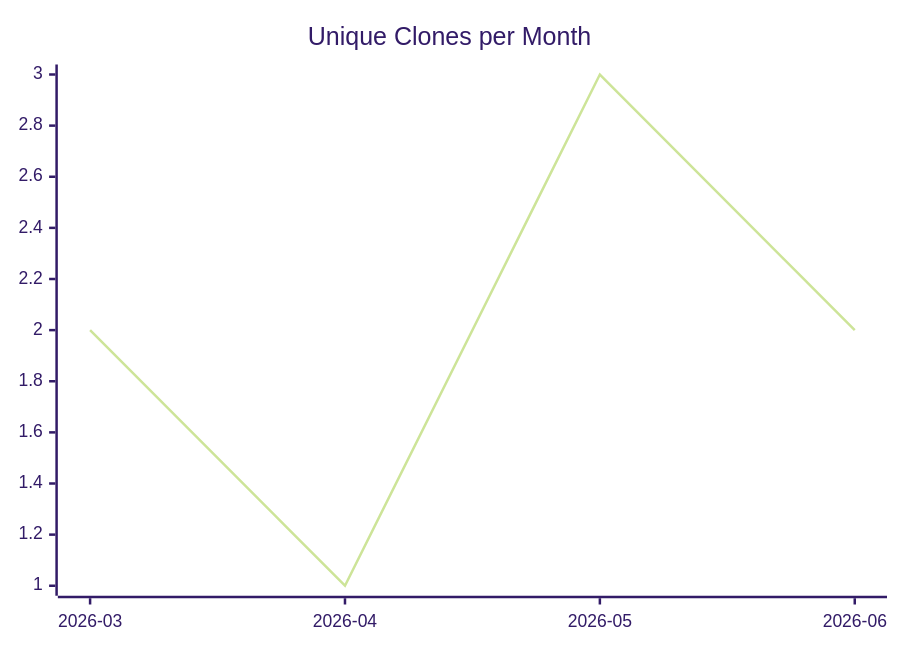
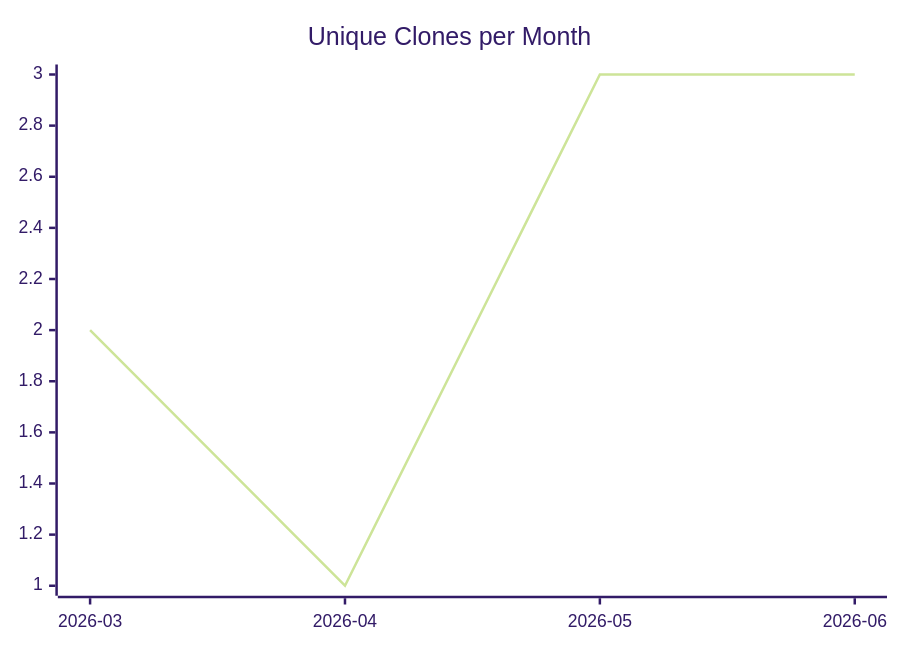
Before and after one commit to justdavis-family/github-analytics-data: the third of 3 diagrams in karlmdavis/ansible-roles/README.md, drawn with Mermaid (forest theme). The commit also changed other lines of this file and 196 other files, not shown here.

````diff
--- a/karlmdavis/ansible-roles/README.md
+++ b/karlmdavis/ansible-roles/README.md
@@ -19,6 +19,6 @@
 ```mermaid
 xychart-beta
   title "Unique Clones per Month"
   x-axis ["2026-03", "2026-04", "2026-05", "2026-06"]
-  line [2, 1, 3, 2]
+  line [2, 1, 3, 3]
 ```
````
